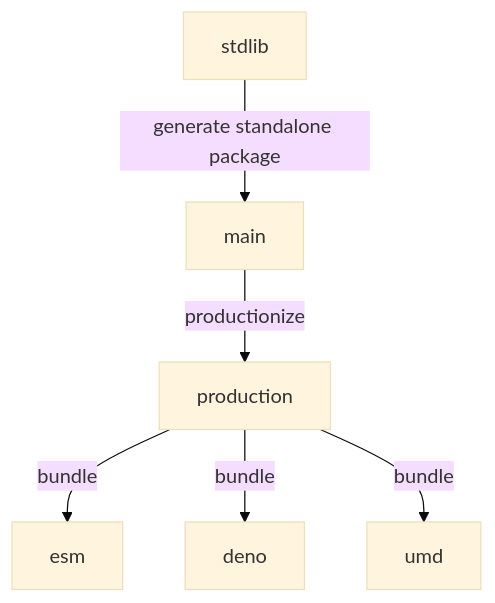
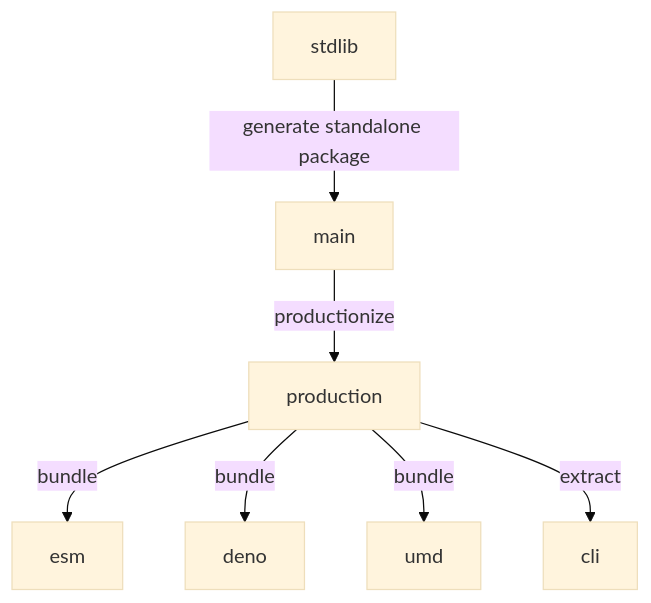
The diagram in branches.md (stdlib-js/datasets-minard-napoleons-march), drawn with Mermaid (base theme) before and after one commit. The commit also changed other lines of this file and 8 other files, not shown here.

````diff
--- a/branches.md
+++ b/branches.md
@@ -33,15 +34,17 @@
 ```mermaid
 graph TD;
 A[stdlib]-->|generate standalone package|B;
 B[main] -->|productionize| C[production];
 C -->|bundle| D[esm];
 C -->|bundle| E[deno];
 C -->|bundle| F[umd];
+C -->|extract| G[cli];
 
-click A href "https://github.com/stdlib-js/stdlib/tree/develop/lib/node_modules/%40stdlib/datasets/minard-napoleons-march"
-click B href "https://github.com/stdlib-js/datasets-minard-napoleons-march/tree/main"
-click C href "https://github.com/stdlib-js/datasets-minard-napoleons-march/tree/production"
-click D href "https://github.com/stdlib-js/datasets-minard-napoleons-march/tree/esm"
-click E href "https://github.com/stdlib-js/datasets-minard-napoleons-march/tree/deno"
-click F href "https://github.com/stdlib-js/datasets-minard-napoleons-march/tree/umd"
+%% click A href "https://github.com/stdlib-js/stdlib/tree/develop/lib/node_modules/%40stdlib/datasets/minard-napoleons-march"
+%% click B href "https://github.com/stdlib-js/datasets-minard-napoleons-march/tree/main"
+%% click C href "https://github.com/stdlib-js/datasets-minard-napoleons-march/tree/production"
+%% click D href "https://github.com/stdlib-js/datasets-minard-napoleons-march/tree/esm"
+%% click E href "https://github.com/stdlib-js/datasets-minard-napoleons-march/tree/deno"
+%% click F href "https://github.com/stdlib-js/datasets-minard-napoleons-march/tree/umd"
+%% click G href "https://github.com/stdlib-js/datasets-minard-napoleons-march/tree/cli"
 ```
````
